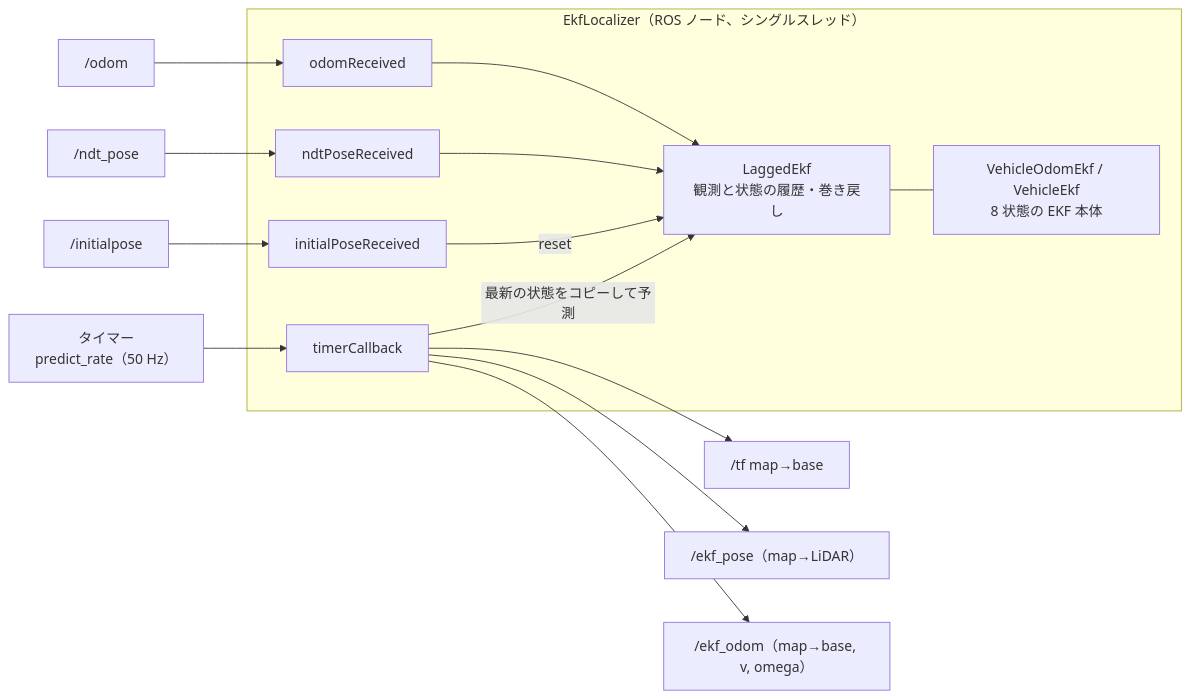
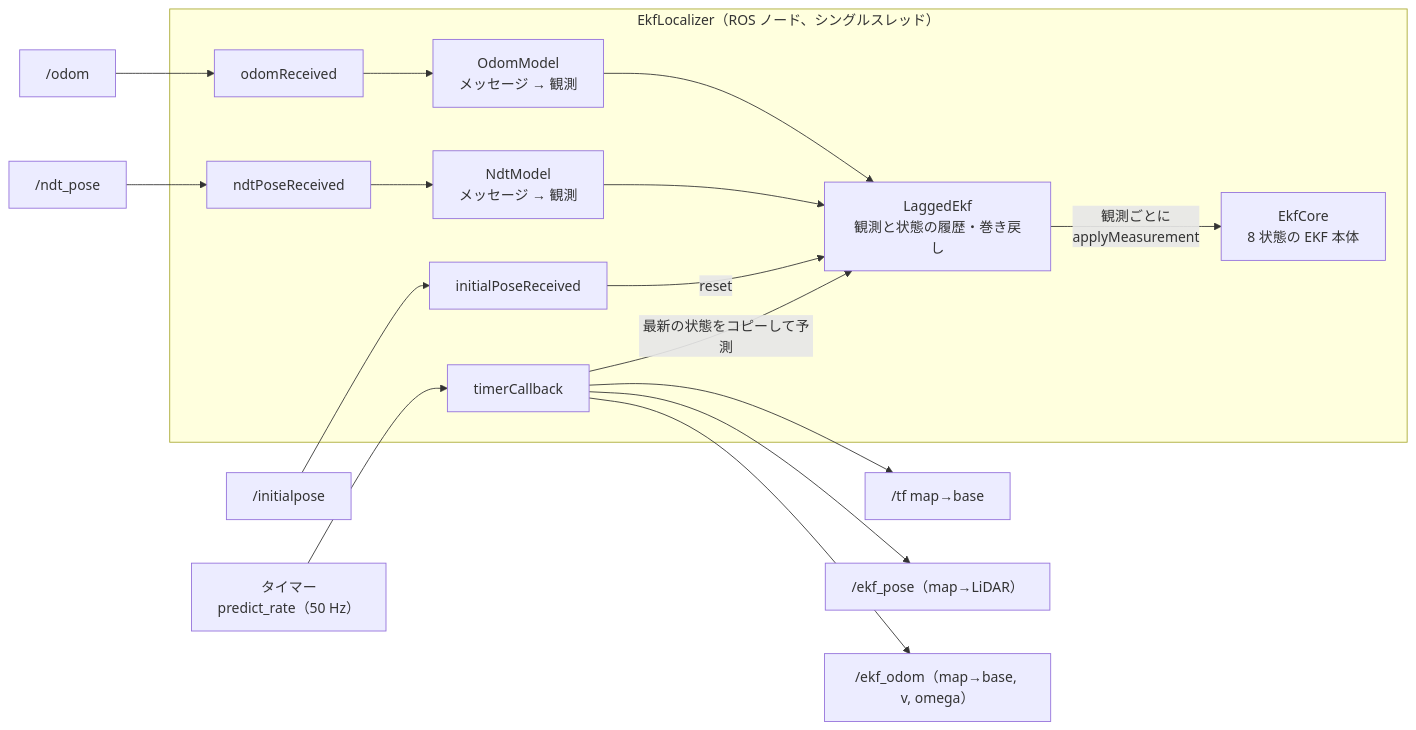
One commit to MaeharaTakumi/ekf_localizer changed the first of 5 diagrams in docs/ekf_flow.md. Above: the diagram before and after it, drawn with Mermaid. The commit also changed other lines of this file and 21 other files, not shown here.

````diff
--- a/docs/ekf_flow.md
+++ b/docs/ekf_flow.md
@@ -7,21 +7,23 @@
 ```mermaid
 flowchart LR
   odom["/odom"] --> cbO["odomReceived"]
   ndt["/ndt_pose"] --> cbN["ndtPoseReceived"]
   ip["/initialpose"] --> cbI["initialPoseReceived"]
   timer["タイマー<br/>predict_rate（50 Hz）"] --> cbT["timerCallback"]
 
   subgraph node["EkfLocalizer（ROS ノード、シングルスレッド）"]
-    cbO --> lag
-    cbN --> lag
+    cbO --> om["OdomModel<br/>メッセージ → 観測"]
+    cbN --> nm["NdtModel<br/>メッセージ → 観測"]
+    om --> lag
+    nm --> lag
     cbI -->|reset| lag
     lag["LaggedEkf<br/>観測と状態の履歴・巻き戻し"]
-    core["VehicleOdomEkf / VehicleEkf<br/>8 状態の EKF 本体"]
-    lag --- core
+    core["EkfCore<br/>8 状態の EKF 本体"]
+    lag -->|観測ごとに<br/>applyMeasurement| core
     cbT -->|最新の状態をコピーして予測| lag
   end
 
   cbT --> tf["/tf map→base"]
   cbT --> ep["/ekf_pose（map→LiDAR）"]
   cbT --> eo["/ekf_odom（map→base, v, omega）"]
 ```
````
